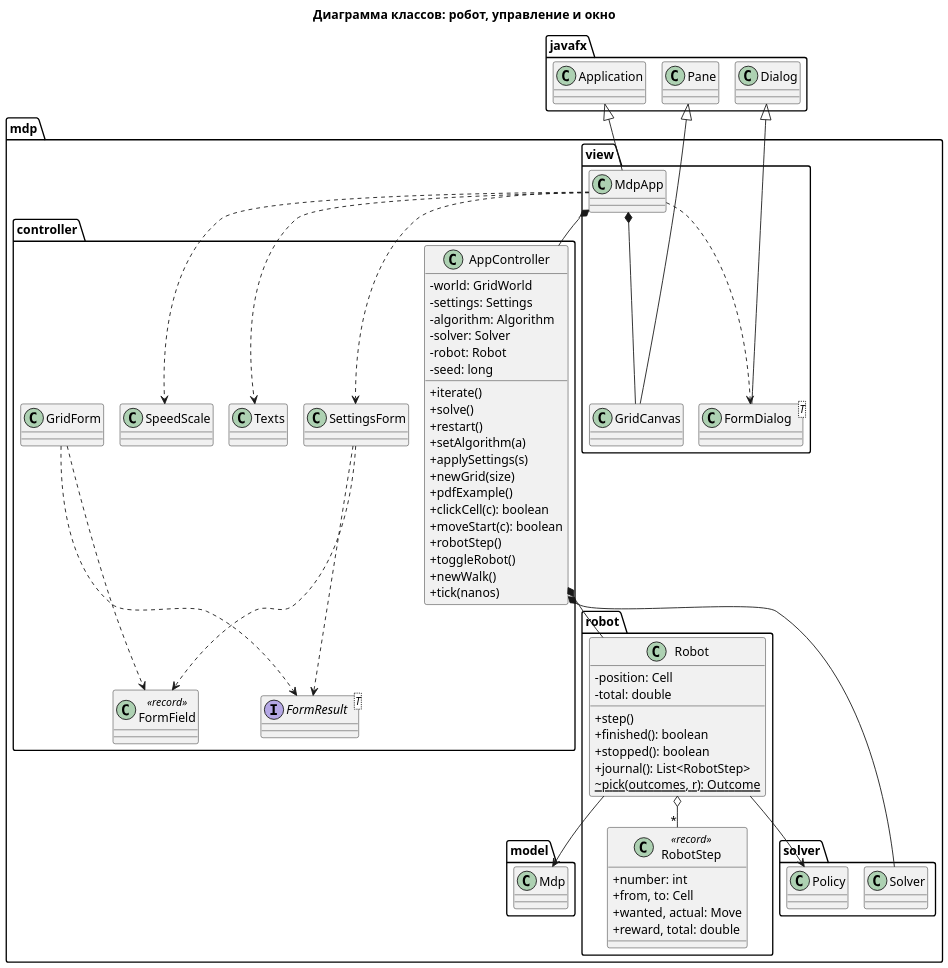
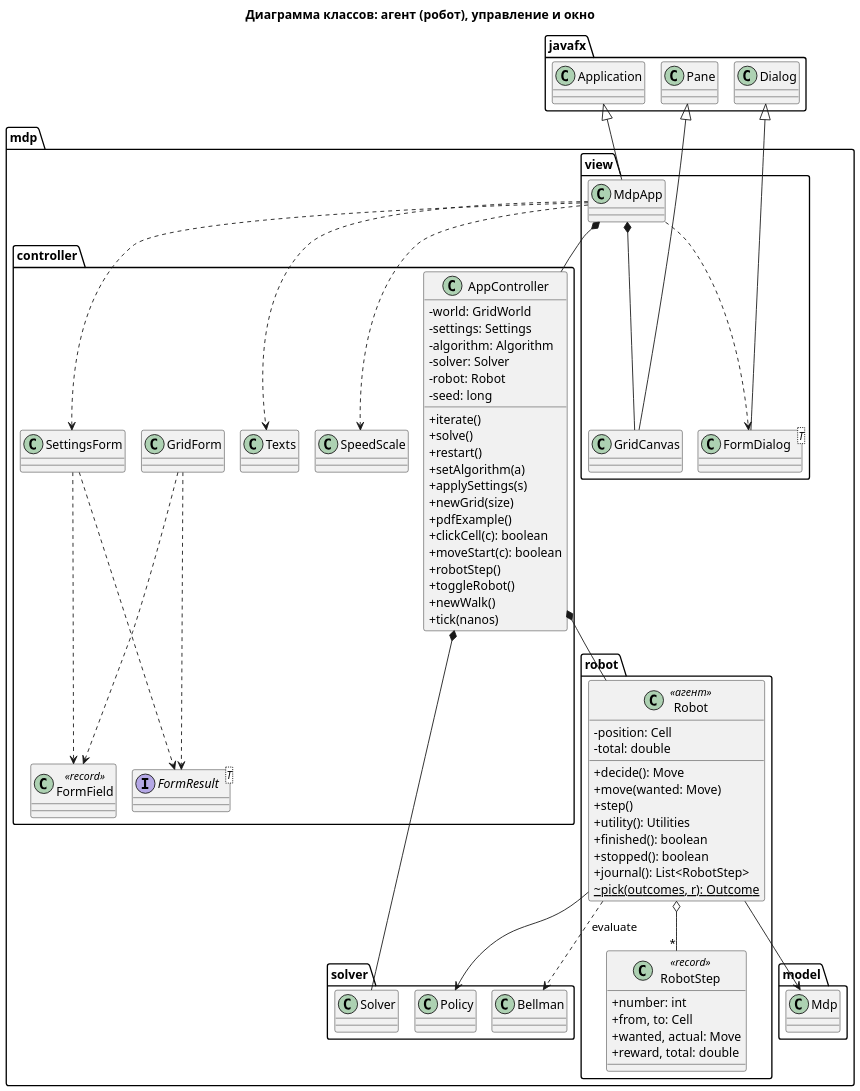
The diagram in docs/uml/class_app.puml (azamnz/stochastic-grid), drawn with PlantUML before and after one commit. The commit also changed 18 other files, not shown here.

```diff
--- a/docs/uml/class_app.puml
+++ b/docs/uml/class_app.puml
@@ -1,87 +1,91 @@
 @startuml class_app
 !pragma layout smetana
 skinparam dpi 150
 skinparam defaultFontName Arial
 skinparam shadowing false
 skinparam classAttributeIconSize 0
-title Диаграмма классов: робот, управление и окно
+title Диаграмма классов: агент (робот), управление и окно
 
 package mdp.robot {
-  class Robot {
+  class Robot <<агент>> {
     -position: Cell
     -total: double
+    +decide(): Move
+    +move(wanted: Move)
     +step()
+    +utility(): Utilities
     +finished(): boolean
     +stopped(): boolean
     +journal(): List<RobotStep>
     ~{static} pick(outcomes, r): Outcome
   }
   class RobotStep <<record>> {
     +number: int
     +from, to: Cell
     +wanted, actual: Move
     +reward, total: double
   }
 }
 
 package mdp.controller {
   class AppController {
     -world: GridWorld
     -settings: Settings
     -algorithm: Algorithm
     -solver: Solver
     -robot: Robot
     -seed: long
     +iterate()
     +solve()
     +restart()
     +setAlgorithm(a)
     +applySettings(s)
     +newGrid(size)
     +pdfExample()
     +clickCell(c): boolean
     +moveStart(c): boolean
     +robotStep()
     +toggleRobot()
     +newWalk()
     +tick(nanos)
   }
   class SettingsForm
   class GridForm
   class FormField <<record>>
   interface FormResult<T>
   class Texts
   class SpeedScale
 }
 
 package mdp.view {
   class MdpApp
   class GridCanvas
   class "FormDialog<T>" as FormDialog
 }
 
 package javafx {
   class Application
   class Pane
   class Dialog
 }
 
 Robot o-- "*" RobotStep
 Robot --> "mdp.model.Mdp"
 Robot --> "mdp.solver.Policy"
+Robot ..> "mdp.solver.Bellman" : evaluate
 AppController *-- Robot
 AppController *-- "mdp.solver.Solver"
 SettingsForm ..> FormField
 GridForm ..> FormField
 SettingsForm ..> FormResult
 GridForm ..> FormResult
 MdpApp *-- AppController
 MdpApp *-- GridCanvas
 MdpApp ..> FormDialog
 MdpApp ..> SettingsForm
 MdpApp ..> Texts
 MdpApp ..> SpeedScale
 Application <|-- MdpApp
 Pane <|-- GridCanvas
 Dialog <|-- FormDialog
 @enduml
```
